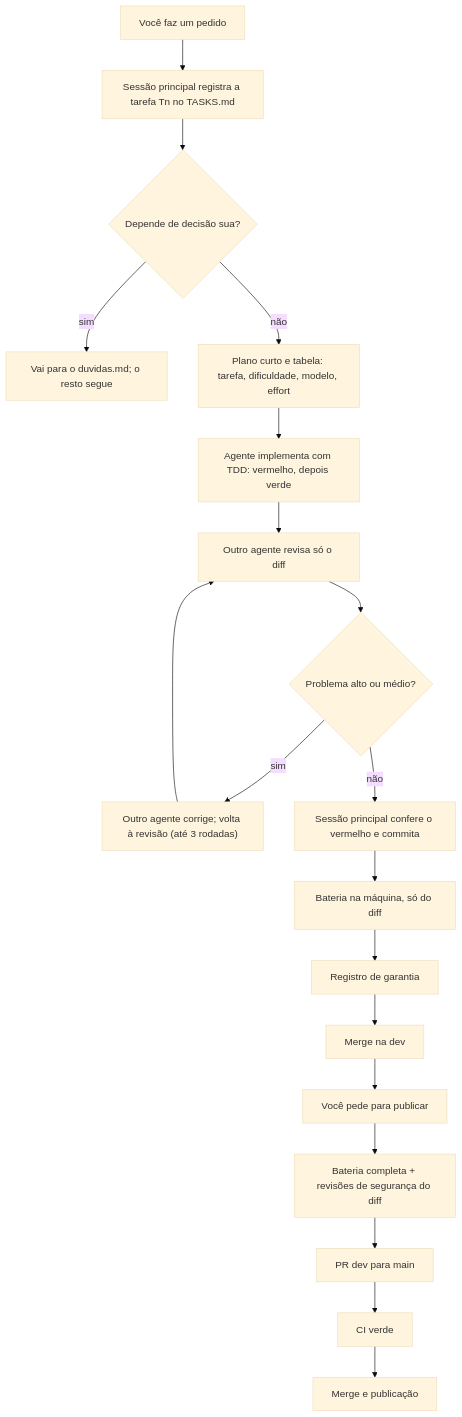
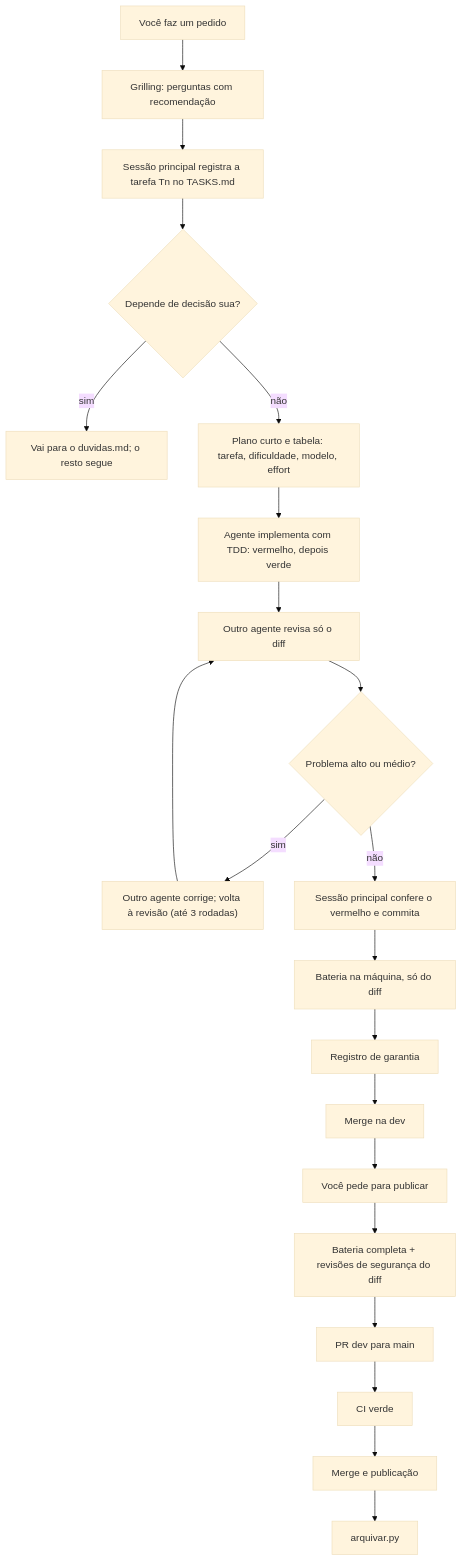
One commit to fezarosa-dev/OptimusClaude changed the second of 2 diagrams in README.md. Above: the diagram before and after it, drawn with Mermaid (base theme). The commit also changed other lines of this file and 4 other files, not shown here.

````diff
--- a/README.md
+++ b/README.md
@@ -194,21 +478,23 @@
 ```mermaid
 flowchart TD
-    A["Você faz um pedido"] --> B["Sessão principal registra a tarefa Tn no TASKS.md"]
+    A["Você faz um pedido"] --> GR["Grilling: perguntas com recomendação"]
+    GR --> B["Sessão principal registra a tarefa Tn no TASKS.md"]
     B --> C{"Depende de decisão sua?"}
     C -- sim --> D["Vai para o duvidas.md; o resto segue"]
     C -- não --> E["Plano curto e tabela: tarefa, dificuldade, modelo, effort"]
     E --> F["Agente implementa com TDD: vermelho, depois verde"]
     F --> G["Outro agente revisa só o diff"]
     G --> H{"Problema alto ou médio?"}
     H -- sim --> I["Outro agente corrige; volta à revisão (até 3 rodadas)"]
     I --> G
     H -- não --> J["Sessão principal confere o vermelho e commita"]
     J --> K["Bateria na máquina, só do diff"]
     K --> L["Registro de garantia"]
     L --> M["Merge na dev"]
     M --> N["Você pede para publicar"]
     N --> O["Bateria completa + revisões de segurança do diff"]
     O --> P["PR dev para main"]
     P --> Q["CI verde"]
     Q --> R["Merge e publicação"]
+    R --> S["arquivar.py"]
 ```
````
